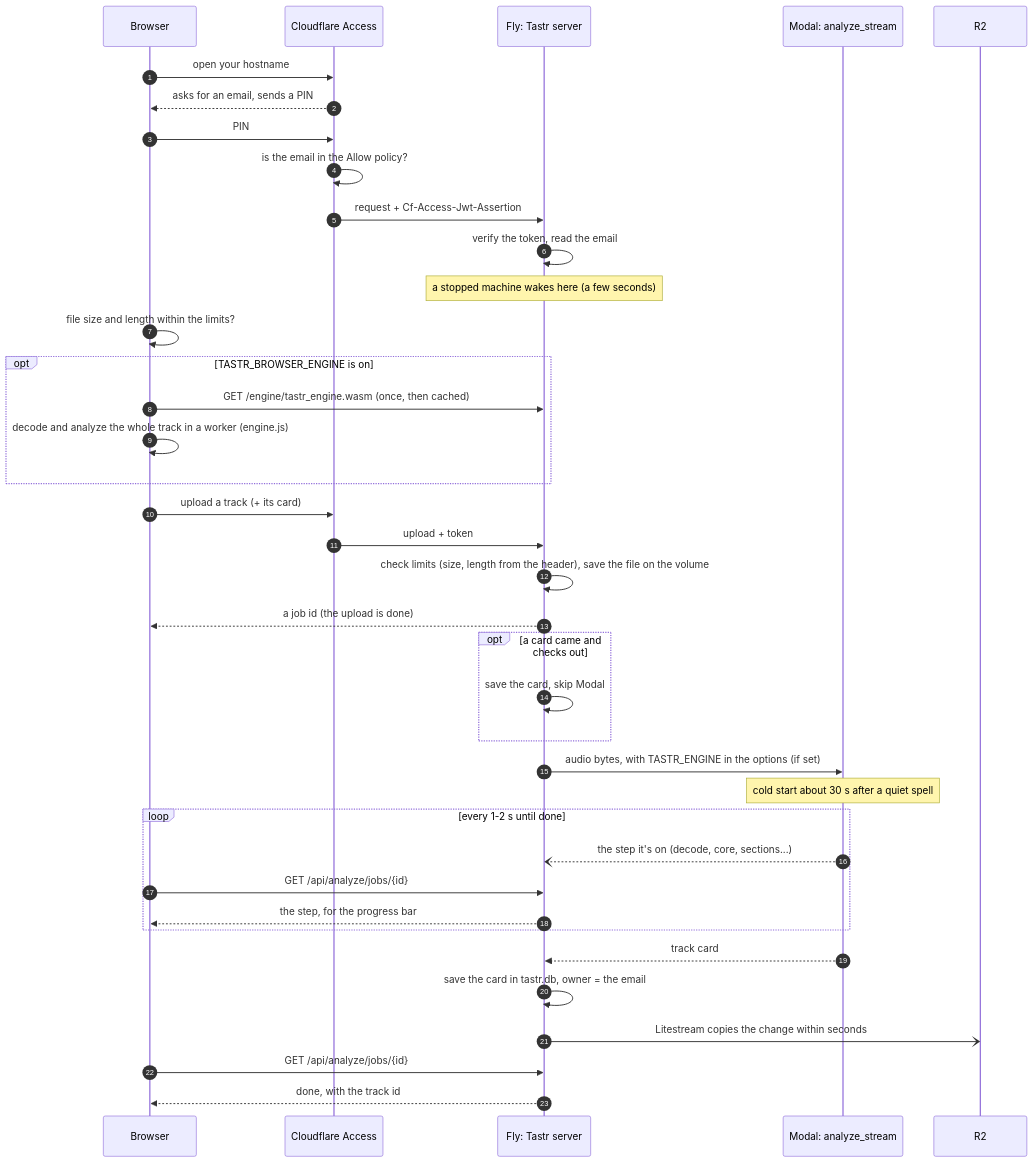
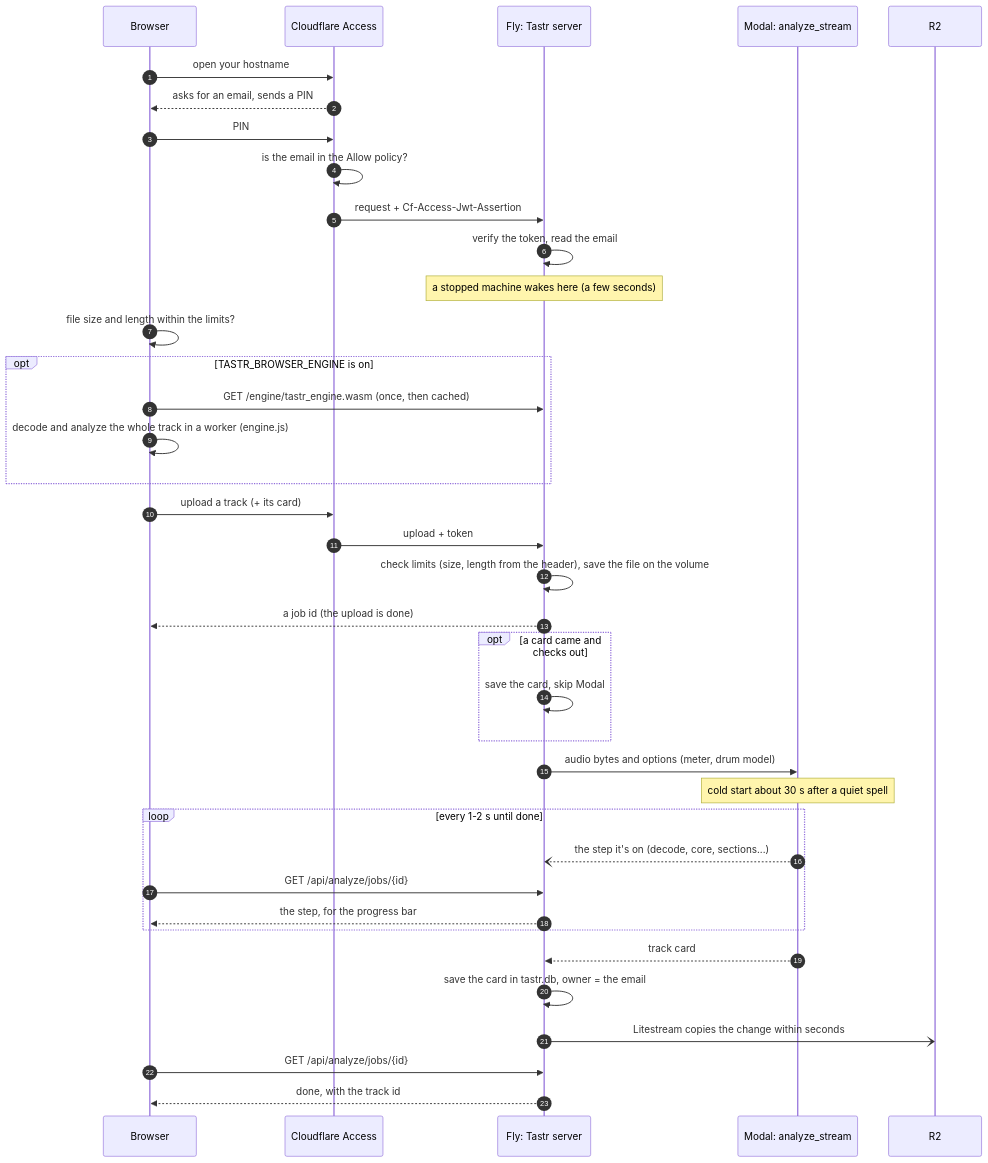
The second of 2 diagrams in docs/hosting-map.md (pocketIlmatto/tastr), drawn with Mermaid before and after one commit. The commit also changed other lines of this file and 20 other files, not shown here.

````diff
--- a/docs/hosting-map.md
+++ b/docs/hosting-map.md
@@ -71,40 +71,40 @@
 ```mermaid
 sequenceDiagram
   autonumber
   participant B as Browser
   participant C as Cloudflare Access
   participant W as Fly: Tastr server
   participant M as Modal: analyze_stream
   participant R as R2
   B->>C: open your hostname
   C-->>B: asks for an email, sends a PIN
   B->>C: PIN
   C->>C: is the email in the Allow policy?
   C->>W: request + Cf-Access-Jwt-Assertion
   W->>W: verify the token, read the email
   Note over W: a stopped machine wakes here (a few seconds)
   B->>B: file size and length within the limits?
   opt TASTR_BROWSER_ENGINE is on
     B->>W: GET /engine/tastr_engine.wasm (once, then cached)
     B->>B: decode and analyze the whole track in a worker (engine.js)
   end
   B->>C: upload a track (+ its card)
   C->>W: upload + token
   W->>W: check limits (size, length from the header), save the file on the volume
   W-->>B: a job id (the upload is done)
   opt a card came and checks out
     W->>W: save the card, skip Modal
   end
-  W->>M: audio bytes, with TASTR_ENGINE in the options (if set)
+  W->>M: audio bytes and options (meter, drum model)
   Note over M: cold start about 30 s after a quiet spell
   loop every 1-2 s until done
     M--)W: the step it's on (decode, core, sections...)
     B->>W: GET /api/analyze/jobs/{id}
     W-->>B: the step, for the progress bar
   end
   M-->>W: track card
   W->>W: save the card in tastr.db, owner = the email
   W-)R: Litestream copies the change within seconds
   B->>W: GET /api/analyze/jobs/{id}
   W-->>B: done, with the track id
 ```
````
